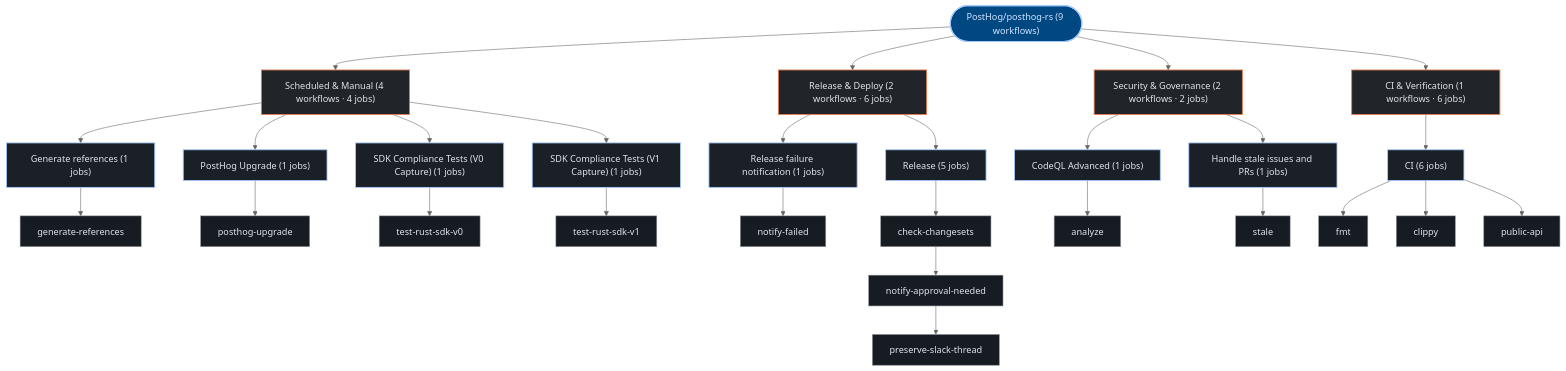
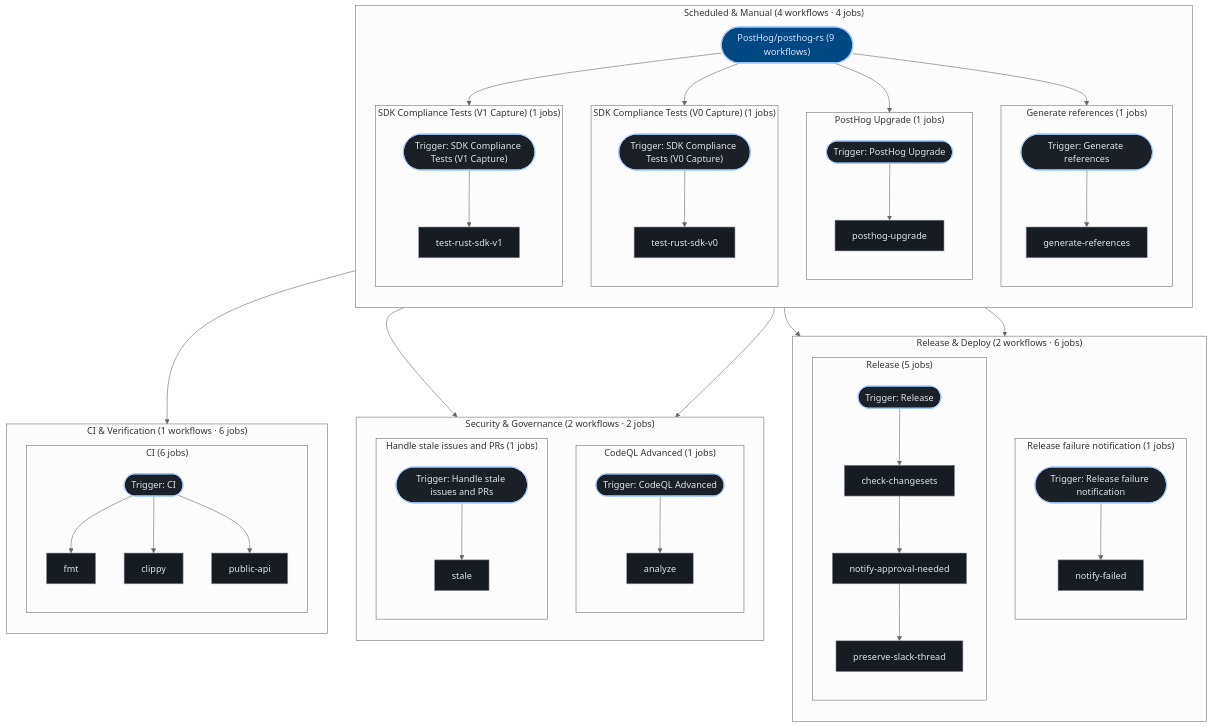
Before and after one commit to kumarshaz/atruss-code-atlas: the third of 3 diagrams in exports/latest/reports/PostHog-posthog-rs-report.md, drawn with Mermaid (neutral theme). The commit also changed 181 other files, not shown here.

````diff
--- a/exports/latest/reports/PostHog-posthog-rs-report.md
+++ b/exports/latest/reports/PostHog-posthog-rs-report.md
@@ -265,56 +265,87 @@
   classDef atlasAlert fill:#93000a,stroke:#ffb4ab,stroke-width:1.5px,color:#ffdad6
   classDef atlasMore fill:#252a31,stroke:#8d9199,stroke-dasharray:4 4,color:#c3c6cf
   pipeline_root(["PostHog/posthog-rs (9 workflows)"]):::atlasRoot
-  grp_0_Scheduled___Manual["Scheduled & Manual (4 workflows · 4 jobs)"]:::atlasCategory
-  pipeline_root --> grp_0_Scheduled___Manual
-  wf_2_Generate_references["Generate references (1 jobs)"]:::atlasWorkflow
-  grp_0_Scheduled___Manual --> wf_2_Generate_references
-  job_2_generate_references["generate-references"]:::atlasJob
-  wf_2_Generate_references --> job_2_generate_references
-  wf_3_PostHog_Upgrade["PostHog Upgrade (1 jobs)"]:::atlasWorkflow
-  grp_0_Scheduled___Manual --> wf_3_PostHog_Upgrade
-  job_3_posthog_upgrade["posthog-upgrade"]:::atlasJob
-  wf_3_PostHog_Upgrade --> job_3_posthog_upgrade
-  wf_6_SDK_Compliance_Tests__V0_Capture_["SDK Compliance Tests (V0 Capture) (1 jobs)"]:::atlasWorkflow
-  grp_0_Scheduled___Manual --> wf_6_SDK_Compliance_Tests__V0_Capture_
-  job_6_test_rust_sdk_v0["test-rust-sdk-v0"]:::atlasJob
-  wf_6_SDK_Compliance_Tests__V0_Capture_ --> job_6_test_rust_sdk_v0
-  wf_7_SDK_Compliance_Tests__V1_Capture_["SDK Compliance Tests (V1 Capture) (1 jobs)"]:::atlasWorkflow
-  grp_0_Scheduled___Manual --> wf_7_SDK_Compliance_Tests__V1_Capture_
-  job_7_test_rust_sdk_v1["test-rust-sdk-v1"]:::atlasJob
-  wf_7_SDK_Compliance_Tests__V1_Capture_ --> job_7_test_rust_sdk_v1
-  grp_1_Release___Deploy["Release & Deploy (2 workflows · 6 jobs)"]:::atlasCategory
-  pipeline_root --> grp_1_Release___Deploy
-  wf_4_Release_failure_notification["Release failure notification (1 jobs)"]:::atlasWorkflow
-  grp_1_Release___Deploy --> wf_4_Release_failure_notification
-  job_4_notify_failed["notify-failed"]:::atlasJob
-  wf_4_Release_failure_notification --> job_4_notify_failed
-  wf_5_Release["Release (5 jobs)"]:::atlasWorkflow
-  grp_1_Release___Deploy --> wf_5_Release
-  job_5_check_changesets["check-changesets"]:::atlasJob
-  job_5_notify_approval_needed["notify-approval-needed"]:::atlasJob
-  job_5_preserve_slack_thread["preserve-slack-thread"]:::atlasJob
-  wf_5_Release --> job_5_check_changesets
-  job_5_check_changesets --> job_5_notify_approval_needed
-  job_5_notify_approval_needed --> job_5_preserve_slack_thread
-  grp_2_Security___Governance["Security & Governance (2 workflows · 2 jobs)"]:::atlasCategory
-  pipeline_root --> grp_2_Security___Governance
-  wf_1_CodeQL_Advanced["CodeQL Advanced (1 jobs)"]:::atlasWorkflow
-  grp_2_Security___Governance --> wf_1_CodeQL_Advanced
-  job_1_analyze["analyze"]:::atlasJob
-  wf_1_CodeQL_Advanced --> job_1_analyze
-  wf_8_Handle_stale_issues_and_PRs["Handle stale issues and PRs (1 jobs)"]:::atlasWorkflow
-  grp_2_Security___Governance --> wf_8_Handle_stale_issues_and_PRs
-  job_8_stale["stale"]:::atlasJob
-  wf_8_Handle_stale_issues_and_PRs --> job_8_stale
-  grp_3_CI___Verification["CI & Verification (1 workflows · 6 jobs)"]:::atlasCategory
-  pipeline_root --> grp_3_CI___Verification
-  wf_0_CI["CI (6 jobs)"]:::atlasWorkflow
-  grp_3_CI___Verification --> wf_0_CI
-  job_0_fmt["fmt"]:::atlasJob
-  job_0_clippy["clippy"]:::atlasJob
-  job_0_public_api["public-api"]:::atlasJob
-  wf_0_CI --> job_0_fmt
-  wf_0_CI --> job_0_clippy
-  wf_0_CI --> job_0_public_api
+  subgraph sg_grp_0_Scheduled___Manual["Scheduled & Manual (4 workflows · 4 jobs)"]
+    direction TB
+    subgraph sg_wf_2_Generate_references["Generate references (1 jobs)"]
+      direction TB
+      wf_2_Generate_references(["Trigger: Generate references"]):::atlasWorkflow
+      job_2_generate_references["generate-references"]:::atlasJob
+      wf_2_Generate_references --> job_2_generate_references
+    end
+    pipeline_root --> wf_2_Generate_references
+    subgraph sg_wf_3_PostHog_Upgrade["PostHog Upgrade (1 jobs)"]
+      direction TB
+      wf_3_PostHog_Upgrade(["Trigger: PostHog Upgrade"]):::atlasWorkflow
+      job_3_posthog_upgrade["posthog-upgrade"]:::atlasJob
+      wf_3_PostHog_Upgrade --> job_3_posthog_upgrade
+    end
+    pipeline_root --> wf_3_PostHog_Upgrade
+    subgraph sg_wf_6_SDK_Compliance_Tests__V0_Capture_["SDK Compliance Tests (V0 Capture) (1 jobs)"]
+      direction TB
+      wf_6_SDK_Compliance_Tests__V0_Capture_(["Trigger: SDK Compliance Tests (V0 Capture)"]):::atlasWorkflow
+      job_6_test_rust_sdk_v0["test-rust-sdk-v0"]:::atlasJob
+      wf_6_SDK_Compliance_Tests__V0_Capture_ --> job_6_test_rust_sdk_v0
+    end
+    pipeline_root --> wf_6_SDK_Compliance_Tests__V0_Capture_
+    subgraph sg_wf_7_SDK_Compliance_Tests__V1_Capture_["SDK Compliance Tests (V1 Capture) (1 jobs)"]
+      direction TB
+      wf_7_SDK_Compliance_Tests__V1_Capture_(["Trigger: SDK Compliance Tests (V1 Capture)"]):::atlasWorkflow
+      job_7_test_rust_sdk_v1["test-rust-sdk-v1"]:::atlasJob
+      wf_7_SDK_Compliance_Tests__V1_Capture_ --> job_7_test_rust_sdk_v1
+    end
+    pipeline_root --> wf_7_SDK_Compliance_Tests__V1_Capture_
+  end
+  subgraph sg_grp_1_Release___Deploy["Release & Deploy (2 workflows · 6 jobs)"]
+    direction TB
+    subgraph sg_wf_4_Release_failure_notification["Release failure notification (1 jobs)"]
+      direction TB
+      wf_4_Release_failure_notification(["Trigger: Release failure notification"]):::atlasWorkflow
+      job_4_notify_failed["notify-failed"]:::atlasJob
+      wf_4_Release_failure_notification --> job_4_notify_failed
+    end
+    pipeline_root --> wf_4_Release_failure_notification
+    subgraph sg_wf_5_Release["Release (5 jobs)"]
+      direction TB
+      wf_5_Release(["Trigger: Release"]):::atlasWorkflow
+      job_5_check_changesets["check-changesets"]:::atlasJob
+      job_5_notify_approval_needed["notify-approval-needed"]:::atlasJob
+      job_5_preserve_slack_thread["preserve-slack-thread"]:::atlasJob
+      wf_5_Release --> job_5_check_changesets
+      job_5_check_changesets --> job_5_notify_approval_needed
+      job_5_notify_approval_needed --> job_5_preserve_slack_thread
+    end
+    pipeline_root --> wf_5_Release
+  end
+  subgraph sg_grp_2_Security___Governance["Security & Governance (2 workflows · 2 jobs)"]
+    direction TB
+    subgraph sg_wf_1_CodeQL_Advanced["CodeQL Advanced (1 jobs)"]
+      direction TB
+      wf_1_CodeQL_Advanced(["Trigger: CodeQL Advanced"]):::atlasWorkflow
+      job_1_analyze["analyze"]:::atlasJob
+      wf_1_CodeQL_Advanced --> job_1_analyze
+    end
+    pipeline_root --> wf_1_CodeQL_Advanced
+    subgraph sg_wf_8_Handle_stale_issues_and_PRs["Handle stale issues and PRs (1 jobs)"]
+      direction TB
+      wf_8_Handle_stale_issues_and_PRs(["Trigger: Handle stale issues and PRs"]):::atlasWorkflow
+      job_8_stale["stale"]:::atlasJob
+      wf_8_Handle_stale_issues_and_PRs --> job_8_stale
+    end
+    pipeline_root --> wf_8_Handle_stale_issues_and_PRs
+  end
+  subgraph sg_grp_3_CI___Verification["CI & Verification (1 workflows · 6 jobs)"]
+    direction TB
+    subgraph sg_wf_0_CI["CI (6 jobs)"]
+      direction TB
+      wf_0_CI(["Trigger: CI"]):::atlasWorkflow
+      job_0_fmt["fmt"]:::atlasJob
+      job_0_clippy["clippy"]:::atlasJob
+      job_0_public_api["public-api"]:::atlasJob
+      wf_0_CI --> job_0_fmt
+      wf_0_CI --> job_0_clippy
+      wf_0_CI --> job_0_public_api
+    end
+    pipeline_root --> wf_0_CI
+  end
 ```
````
